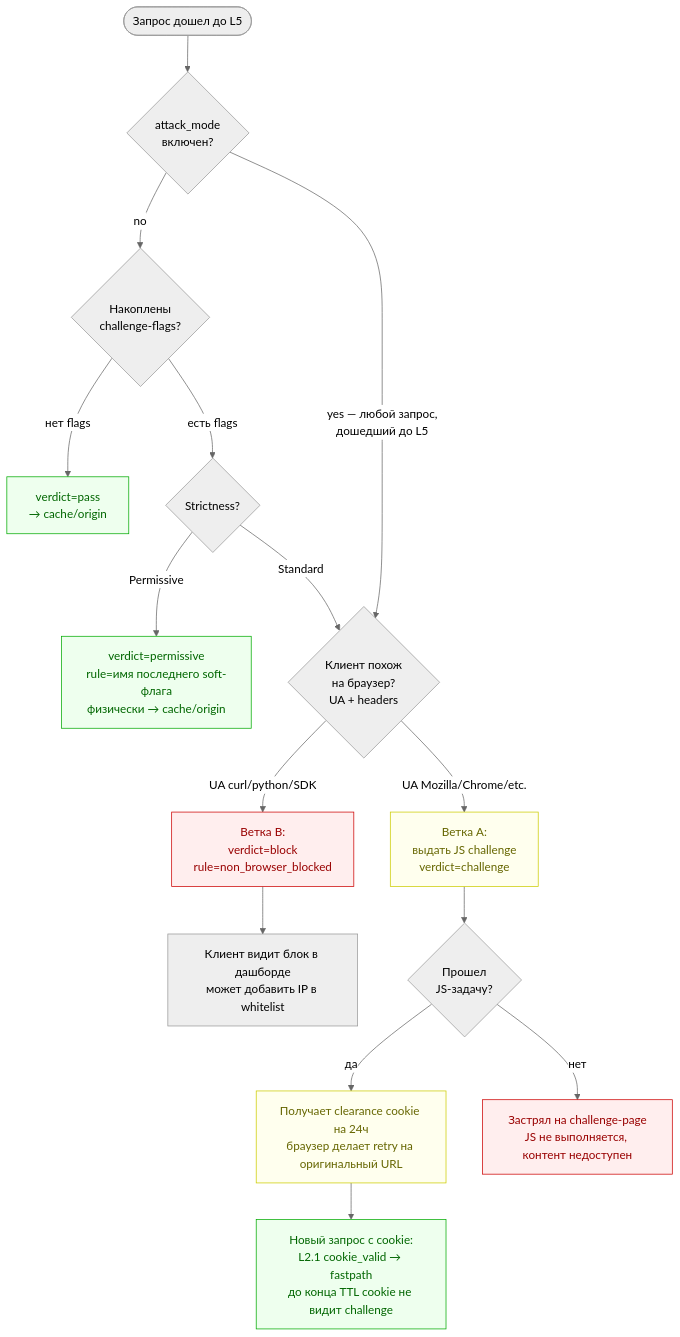
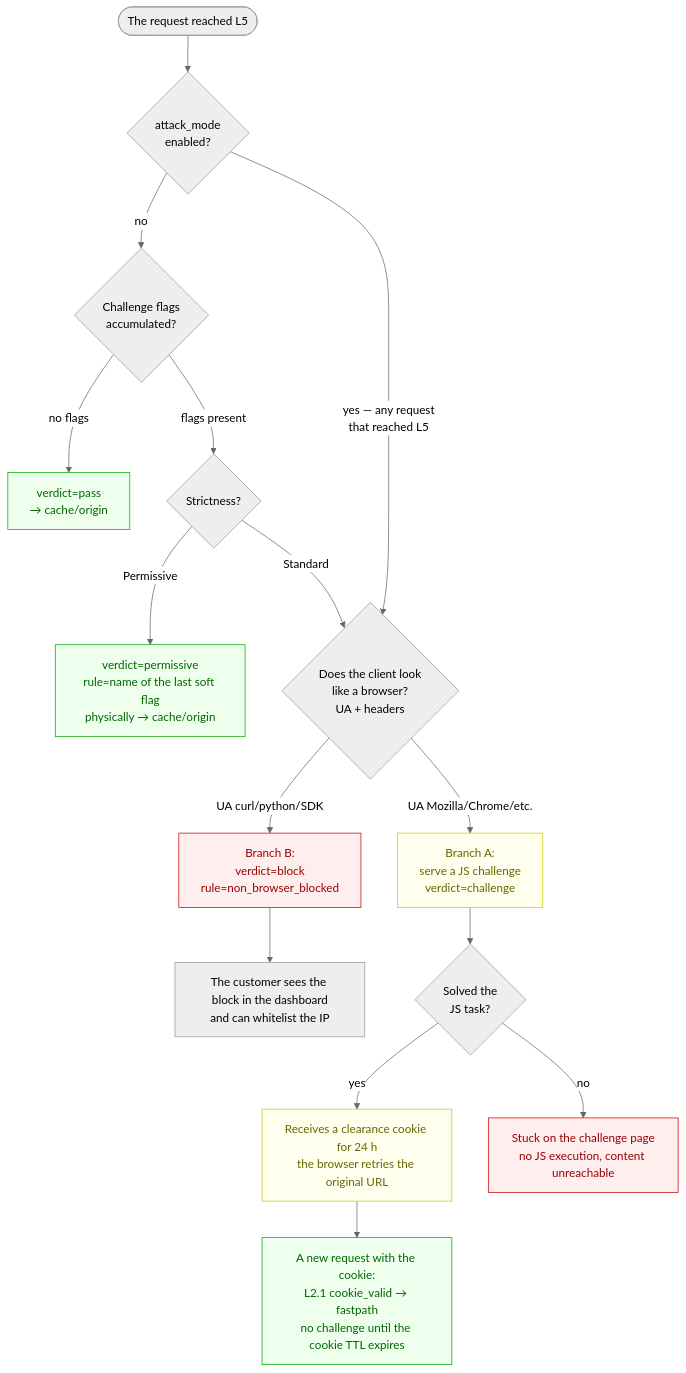
One commit to tabularasa31/bot-abuse-controls changed the second of 5 diagrams in docs/product/cascade-diagrams.md. Above: the diagram before and after it, drawn with Mermaid (neutral theme). The commit also changed other lines of this file, not shown here.

Commit message:
docs(product): translate cascade diagrams (10/n)

````diff
--- a/docs/product/cascade-diagrams.md
+++ b/docs/product/cascade-diagrams.md
@@ -85,45 +92,45 @@
 ```mermaid
 flowchart TD
-    Start([Запрос дошел до L5])
-    AM{attack_mode<br/>включен?}
-    Flags{Накоплены<br/>challenge-flags?}
+    Start([The request reached L5])
+    AM{attack_mode<br/>enabled?}
+    Flags{Challenge flags<br/>accumulated?}
     NoFlagsPass[verdict=pass<br/>→ cache/origin]
     Strict{Strictness?}
-    Permissive[verdict=permissive<br/>rule=имя последнего soft-флага<br/>физически → cache/origin]
-    Browser{Клиент похож<br/>на браузер?<br/>UA + headers}
-    BranchA[Ветка A:<br/>выдать JS challenge<br/>verdict=challenge]
-    BranchB[Ветка B:<br/>verdict=block<br/>rule=non_browser_blocked]
-    Recovery[Клиент видит блок в дашборде<br/>может добавить IP в whitelist]
+    Permissive[verdict=permissive<br/>rule=name of the last soft flag<br/>physically → cache/origin]
+    Browser{Does the client look<br/>like a browser?<br/>UA + headers}
+    BranchA[Branch A:<br/>serve a JS challenge<br/>verdict=challenge]
+    BranchB[Branch B:<br/>verdict=block<br/>rule=non_browser_blocked]
+    Recovery[The customer sees the block in the dashboard<br/>and can whitelist the IP]
 
-    ChOutcome{Прошел<br/>JS-задачу?}
-    GetCookie[Получает clearance cookie на 24ч<br/>браузер делает retry на оригинальный URL]
-    Stuck[Застрял на challenge-page<br/>JS не выполняется, контент недоступен]
-    Retry[Новый запрос с cookie:<br/>L2.1 cookie_valid → fastpath<br/>до конца TTL cookie не видит challenge]
+    ChOutcome{Solved the<br/>JS task?}
+    GetCookie[Receives a clearance cookie for 24 h<br/>the browser retries the original URL]
+    Stuck[Stuck on the challenge page<br/>no JS execution, content unreachable]
+    Retry[A new request with the cookie:<br/>L2.1 cookie_valid → fastpath<br/>no challenge until the cookie TTL expires]
 
     Start --> AM
-    AM -->|yes — любой запрос,<br/>дошедший до L5| Browser
+    AM -->|yes — any request<br/>that reached L5| Browser
     AM -->|no| Flags
-    Flags -->|нет flags| NoFlagsPass
-    Flags -->|есть flags| Strict
+    Flags -->|no flags| NoFlagsPass
+    Flags -->|flags present| Strict
     Strict -->|Permissive| Permissive
     Strict -->|Standard| Browser
     Browser -->|UA Mozilla/Chrome/etc.| BranchA
     Browser -->|UA curl/python/SDK| BranchB
     BranchB --> Recovery
 
     BranchA --> ChOutcome
-    ChOutcome -->|да| GetCookie
-    ChOutcome -->|нет| Stuck
+    ChOutcome -->|yes| GetCookie
+    ChOutcome -->|no| Stuck
     GetCookie --> Retry
 
     classDef terminalBlock fill:#fee,stroke:#c00,color:#900
     classDef terminalAllow fill:#efe,stroke:#0a0,color:#060
     classDef terminalChallenge fill:#ffe,stroke:#cc0,color:#660
     class BranchB terminalBlock
     class Stuck terminalBlock
     class NoFlagsPass terminalAllow
     class Permissive terminalAllow
     class Retry terminalAllow
     class BranchA terminalChallenge
     class GetCookie terminalChallenge
 ```
````
